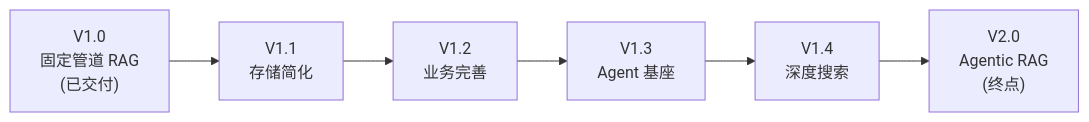
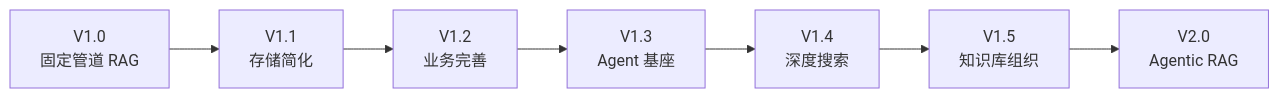
One commit to int2t05/Cognik changed the first of 10 diagrams in docs/ROADMAP.md. Above: the diagram before and after it, drawn with Mermaid. The commit also changed other lines of this file, not shown here.

First line of the commit message:
docs(roadmap): 全量更新 — 新增 V1.5 知识库组织 + 简洁纯净

````diff
--- a/docs/ROADMAP.md
+++ b/docs/ROADMAP.md
@@ -15,8 +15,9 @@
 ```mermaid
 flowchart LR
-    V1["V1.0<br/>固定管道 RAG<br/>(已交付)"] --> V11["V1.1<br/>存储简化"]
+    V1["V1.0<br/>固定管道 RAG"] --> V11["V1.1<br/>存储简化"]
     V11 --> V12["V1.2<br/>业务完善"]
     V12 --> V13["V1.3<br/>Agent 基座"]
     V13 --> V14["V1.4<br/>深度搜索"]
-    V14 --> V2["V2.0<br/>Agentic RAG<br/>(终点)"]
+    V14 --> V15["V1.5<br/>知识库组织"]
+    V15 --> V2["V2.0<br/>Agentic RAG"]
 ```
````
